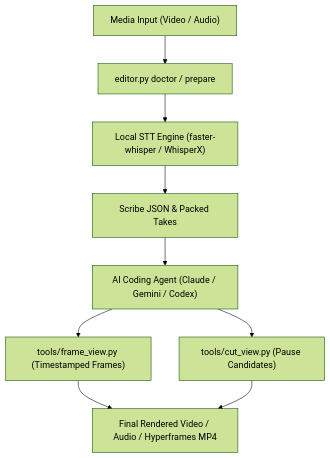
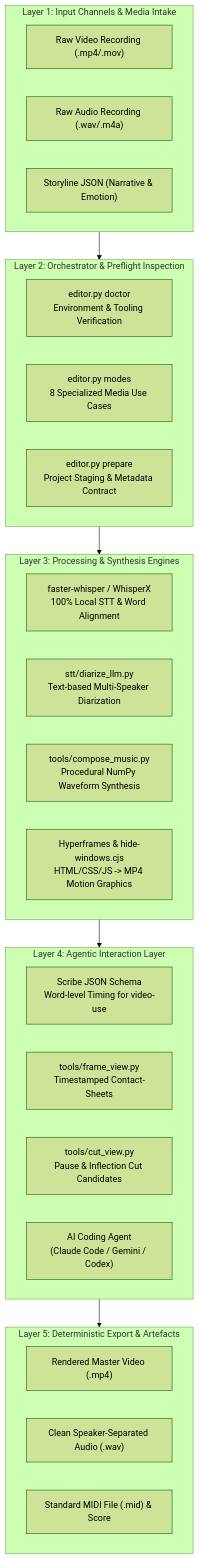
Before and after one commit to ellmos-ai/ai-media-editor: the first of 2 diagrams in README.md, drawn with Mermaid (forest theme). The commit also changed other lines of this file and 8 other files, not shown here.

First line of the commit message:
feat(marketing): Pfad B discoverability, dual-mermaid diagrams, governance invariants and contract tests

````diff
--- a/README.md
+++ b/README.md
@@ -28,11 +94,39 @@
 ```mermaid
-graph TD
-    Input["Media Input (Video / Audio)"] --> Doctor["editor.py doctor / prepare"]
-    Doctor --> STT["Local STT Engine (faster-whisper / WhisperX)"]
-    STT --> Scribe["Scribe JSON & Packed Takes"]
-    Scribe --> Agent["AI Coding Agent (Claude / Gemini / Codex)"]
-    Agent --> FrameView["tools/frame_view.py (Timestamped Frames)"]
-    Agent --> CutView["tools/cut_view.py (Pause Candidates)"]
-    FrameView --> Output["Final Rendered Video / Audio / Hyperframes MP4"]
-    CutView --> Output
+flowchart TB
+    subgraph Intake ["Layer 1: Input Channels & Media Intake"]
+        V["Raw Video Recording (.mp4/.mov)"]
+        A["Raw Audio Recording (.wav/.m4a)"]
+        S["Storyline JSON (Narrative & Emotion)"]
+    end
+
+    subgraph Preflight ["Layer 2: Orchestrator & Preflight Inspection"]
+        DOC["editor.py doctor<br/>Environment & Tooling Verification"]
+        MODES["editor.py modes<br/>8 Specialized Media Use Cases"]
+        PREP["editor.py prepare<br/>Project Staging & Metadata Contract"]
+    end
+
+    subgraph Engines ["Layer 3: Processing & Synthesis Engines"]
+        FW["faster-whisper / WhisperX<br/>100% Local STT & Word Alignment"]
+        DIAR["stt/diarize_llm.py<br/>Text-based Multi-Speaker Diarization"]
+        MUSIC["tools/compose_music.py<br/>Procedural NumPy Waveform Synthesis"]
+        HF["Hyperframes & hide-windows.cjs<br/>HTML/CSS/JS -> MP4 Motion Graphics"]
+    end
+
+    subgraph Agentic ["Layer 4: Agentic Interaction Layer"]
+        SCRIBE["Scribe JSON Schema<br/>Word-level Timing for video-use"]
+        FRAMES["tools/frame_view.py<br/>Timestamped Contact-Sheets"]
+        CUTS["tools/cut_view.py<br/>Pause & Inflection Cut Candidates"]
+        LLM["AI Coding Agent<br/>(Claude Code / Gemini / Codex)"]
+    end
+
+    subgraph Export ["Layer 5: Deterministic Export & Artefacts"]
+        OUT_V["Rendered Master Video (.mp4)"]
+        OUT_A["Clean Speaker-Separated Audio (.wav)"]
+        OUT_M["Standard MIDI File (.mid) & Score"]
+    end
+
+    Intake --> Preflight
+    Preflight --> Engines
+    Engines --> Agentic
+    Agentic --> Export
 ```
````
